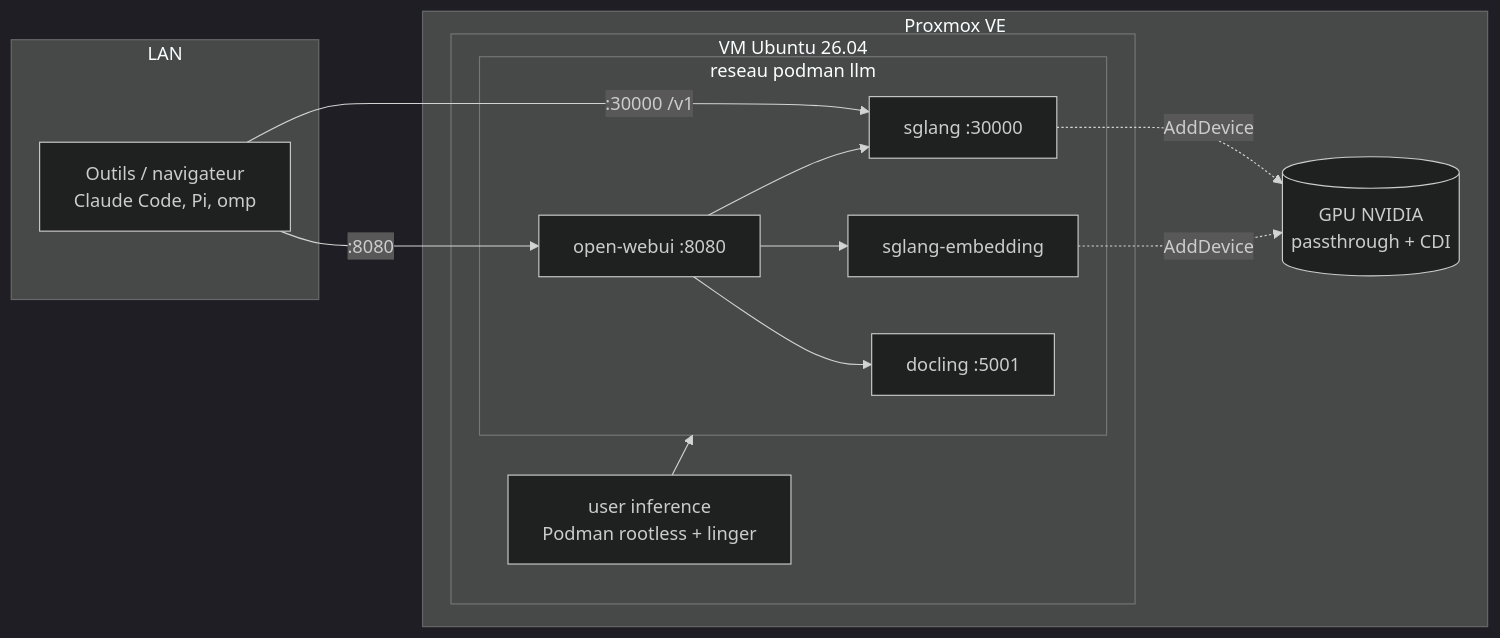
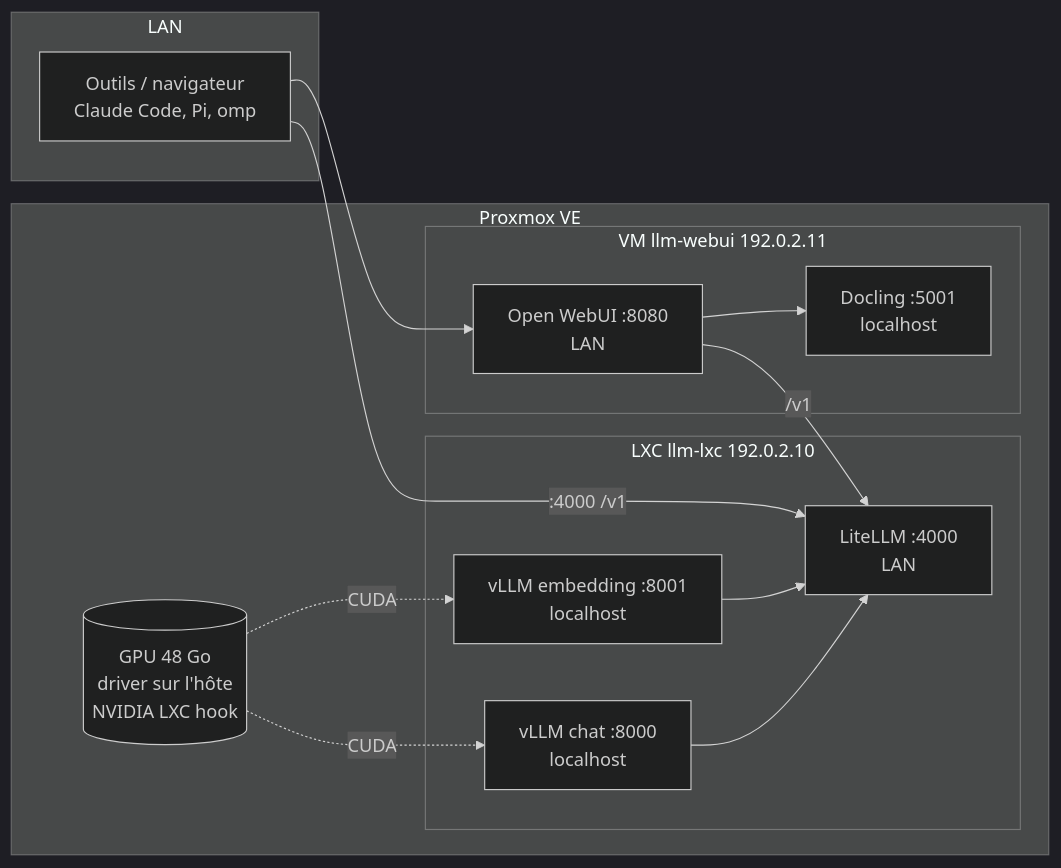
One commit to MrCaptainDartz/llm-inference-vm changed the diagram in README.md. Above: the diagram before and after it, drawn with Mermaid (dark theme). The commit also changed other lines of this file and 43 other files, not shown here.

First line of the commit message:
refactor: split inference into LXC (vLLM/LiteLLM) and front VM (Open WebUI/Docling)

````diff
--- a/README.md
+++ b/README.md
@@ -12,26 +18,26 @@
 ```mermaid
 flowchart LR
     subgraph LAN
-        W[Outils / navigateur\nClaude Code, Pi, omp]
+        T[Outils / navigateur<br/>Claude Code, Pi, omp]
     end
     subgraph PVE[Proxmox VE]
-        subgraph VM[VM Ubuntu 26.04]
-            U[user inference\nPodman rootless + linger]
-            subgraph NET[reseau podman llm]
-                S[sglang :30000]
-                E[sglang-embedding]
-                D[docling :5001]
-                O[open-webui :8080]
-            end
-            U --> NET
+        subgraph LXC[LXC llm-lxc 192.0.2.10]
+            V[vLLM chat :8000<br/>localhost]
+            E[vLLM embedding :8001<br/>localhost]
+            L[LiteLLM :4000<br/>LAN]
+            V --> L
+            E --> L
         end
-        G[(GPU NVIDIA\npassthrough + CDI)]
-        S -. AddDevice .-> G
-        E -. AddDevice .-> G
+        subgraph VM[VM llm-webui 192.0.2.11]
+            O[Open WebUI :8080<br/>LAN]
+            D[Docling :5001<br/>localhost]
+            O --> D
+        end
+        G[(GPU 48 Go<br/>driver sur l'hôte<br/>NVIDIA LXC hook)]
+        G -. CUDA .-> V
+        G -. CUDA .-> E
+        O -->|/v1| L
     end
-    W -->|:8080| O
-    W -->|:30000 /v1| S
-    O --> S
-    O --> E
-    O --> D
+    T --> O
+    T -->|:4000 /v1| L
 ```
````
